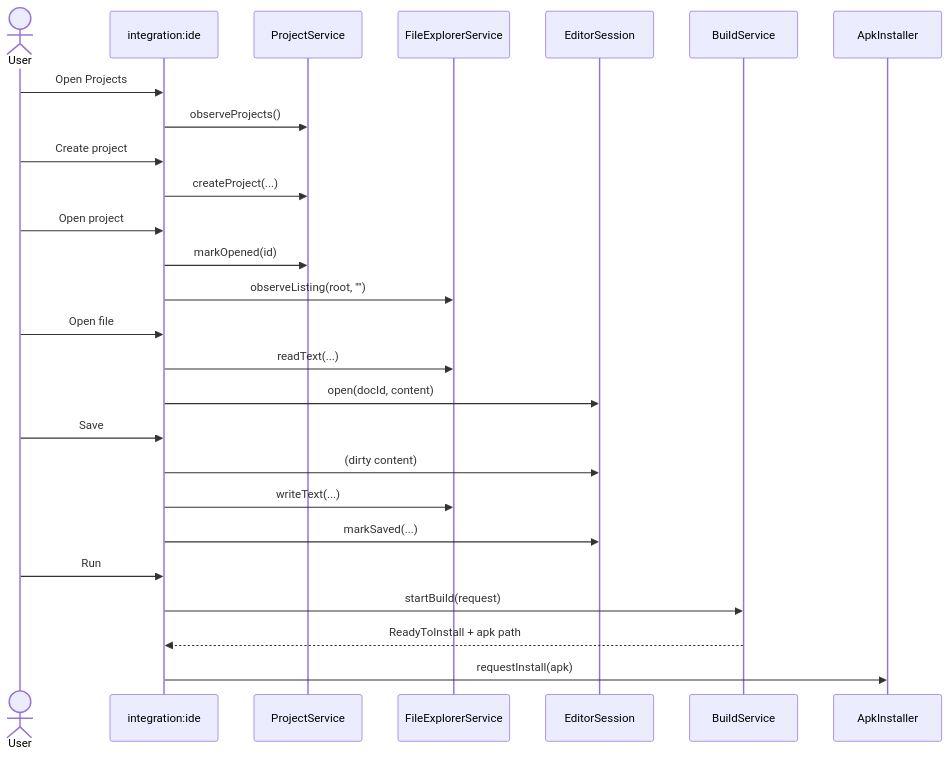
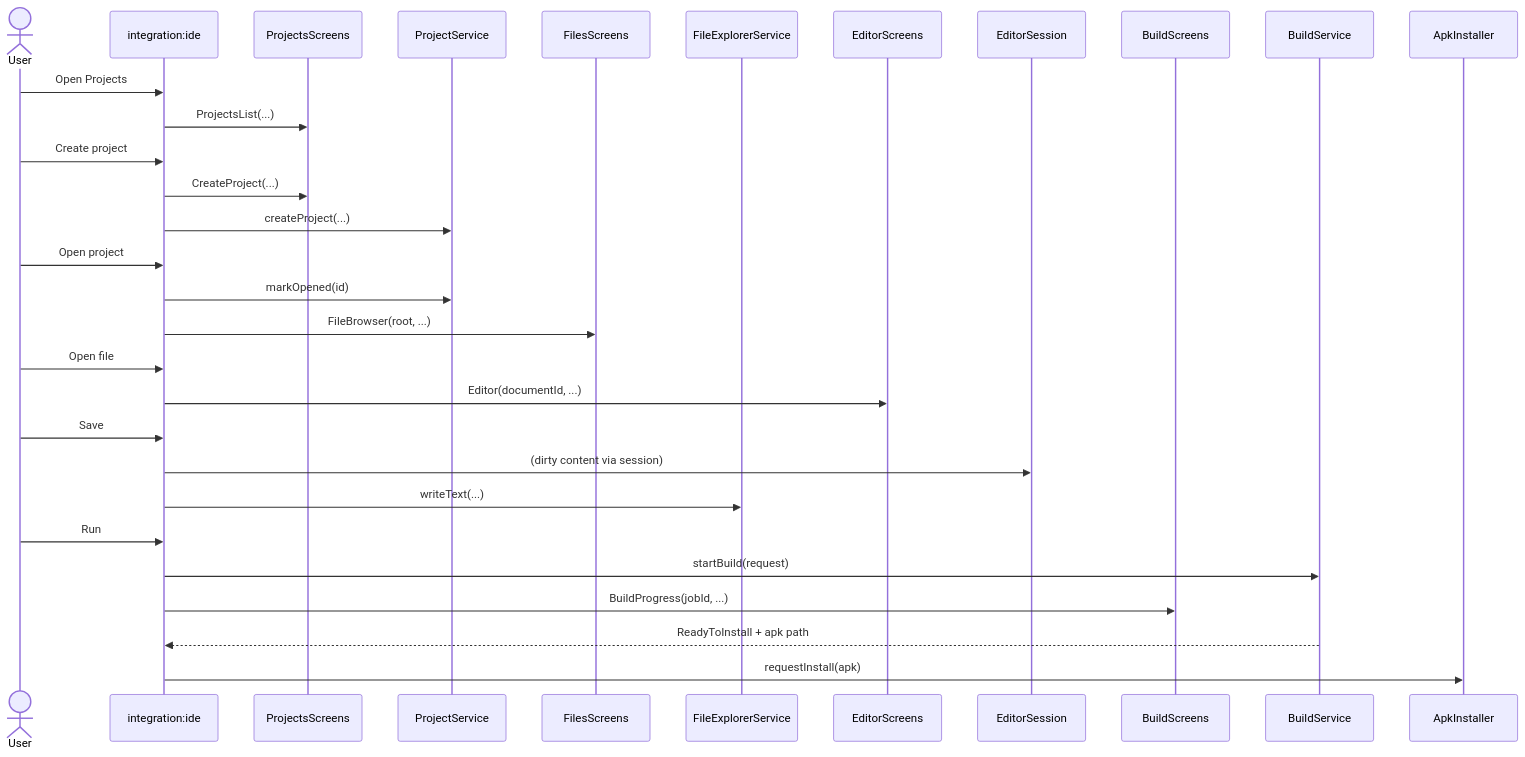
The third of 5 diagrams in project/architecture.md (Al-Qassim/Android-Studio-Lite), drawn with Mermaid before and after one commit. The commit also changed other lines of this file and 1 other file, not shown here.

First line of the commit message:
Document grilled v0.1 architecture decisions and screen launchers.

````diff
--- a/project/architecture.md
+++ b/project/architecture.md
@@ -364,29 +475,33 @@
 ```mermaid
 sequenceDiagram
   actor User
   participant IDE as integration:ide
+  participant PS as ProjectsScreens
   participant P as ProjectService
+  participant FS as FilesScreens
   participant F as FileExplorerService
+  participant ES as EditorScreens
   participant E as EditorSession
+  participant BS as BuildScreens
   participant B as BuildService
   participant I as ApkInstaller
 
   User->>IDE: Open Projects
-  IDE->>P: observeProjects()
+  IDE->>PS: ProjectsList(...)
   User->>IDE: Create project
+  IDE->>PS: CreateProject(...)
   IDE->>P: createProject(...)
   User->>IDE: Open project
   IDE->>P: markOpened(id)
-  IDE->>F: observeListing(root, "")
+  IDE->>FS: FileBrowser(root, ...)
   User->>IDE: Open file
-  IDE->>F: readText(...)
-  IDE->>E: open(docId, content)
+  IDE->>ES: Editor(documentId, ...)
   User->>IDE: Save
-  IDE->>E: (dirty content)
+  IDE->>E: (dirty content via session)
   IDE->>F: writeText(...)
-  IDE->>E: markSaved(...)
   User->>IDE: Run
   IDE->>B: startBuild(request)
+  IDE->>BS: BuildProgress(jobId, ...)
   B-->>IDE: ReadyToInstall + apk path
   IDE->>I: requestInstall(apk)
 ```
````
